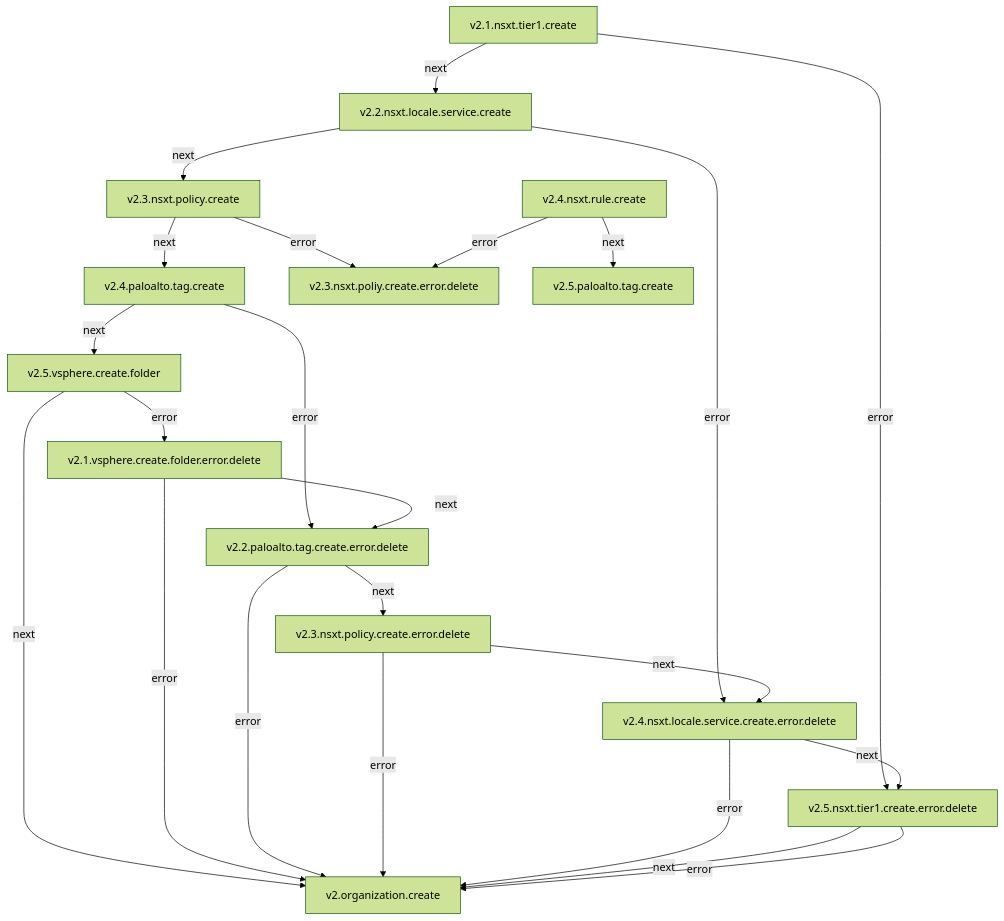
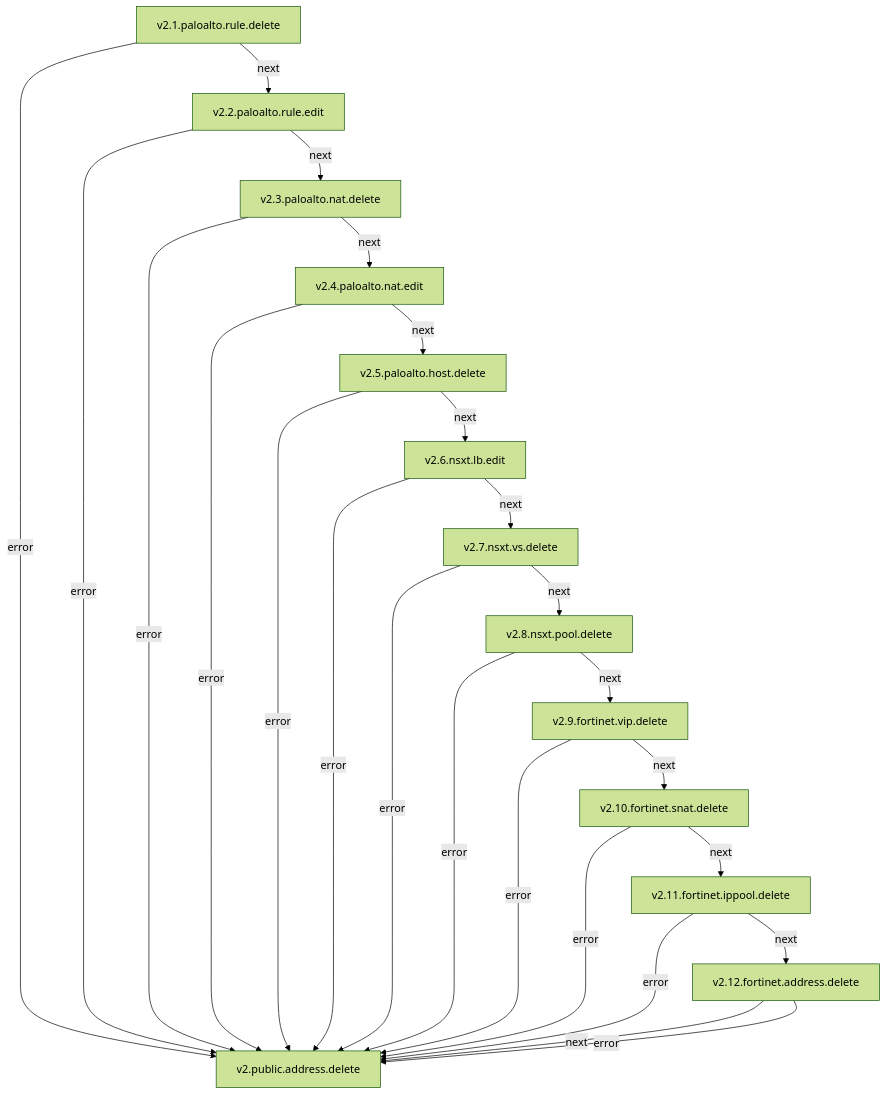
One commit to totvs-cloud/fortigate-fisico-iaas changed the diagram in PUBLIC_ADDRESS.md. Above: the diagram before and after it, drawn with Mermaid (forest theme). The commit also changed other lines of this file and 1 other file, not shown here.

Commit message:
refactor PUBLIC_ADDRESS.md and add SDN_VPN.md documentation for public address and VPN management processes

````diff
--- a/PUBLIC_ADDRESS.md
+++ b/PUBLIC_ADDRESS.md
@@ -7,26 +21,27 @@
 ```mermaid
 flowchart TB
-  v2_1_nsxt_tier1_create["v2.1.nsxt.tier1.create"] -->|next| v2_2_nsxt_locale_service_create["v2.2.nsxt.locale.service.create"]
-  v2_1_nsxt_tier1_create["v2.1.nsxt.tier1.create"] -->|error| v2_5_nsxt_tier1_create_error_delete["v2.5.nsxt.tier1.create.error.delete"]
-  v2_2_nsxt_locale_service_create["v2.2.nsxt.locale.service.create"] -->|next| v2_3_nsxt_policy_create["v2.3.nsxt.policy.create"]
-  v2_2_nsxt_locale_service_create["v2.2.nsxt.locale.service.create"] -->|error| v2_4_nsxt_locale_service_create_error_delete["v2.4.nsxt.locale.service.create.error.delete"]
-  v2_3_nsxt_policy_create["v2.3.nsxt.policy.create"] -->|next| v2_4_paloalto_tag_create["v2.4.paloalto.tag.create"]
-  v2_3_nsxt_policy_create["v2.3.nsxt.policy.create"] -->|error| v2_3_nsxt_poliy_create_error_delete["v2.3.nsxt.poliy.create.error.delete"]
-  v2_4_nsxt_rule_create["v2.4.nsxt.rule.create"] -->|next| v2_5_paloalto_tag_create["v2.5.paloalto.tag.create"]
-  v2_4_nsxt_rule_create["v2.4.nsxt.rule.create"] -->|error| v2_3_nsxt_poliy_create_error_delete["v2.3.nsxt.poliy.create.error.delete"]
-  v2_4_paloalto_tag_create["v2.4.paloalto.tag.create"] -->|next| v2_5_vsphere_create_folder["v2.5.vsphere.create.folder"]
-  v2_4_paloalto_tag_create["v2.4.paloalto.tag.create"] -->|error| v2_2_paloalto_tag_create_error_delete["v2.2.paloalto.tag.create.error.delete"]
-  v2_5_vsphere_create_folder["v2.5.vsphere.create.folder"] -->|next| v2_organization_create["v2.organization.create"]
-  v2_5_vsphere_create_folder["v2.5.vsphere.create.folder"] -->|error| v2_1_vsphere_create_folder_error_delete["v2.1.vsphere.create.folder.error.delete"]
-  v2_1_vsphere_create_folder_error_delete["v2.1.vsphere.create.folder.error.delete"] -->|next| v2_2_paloalto_tag_create_error_delete["v2.2.paloalto.tag.create.error.delete"]
-  v2_1_vsphere_create_folder_error_delete["v2.1.vsphere.create.folder.error.delete"] -->|error| v2_organization_create["v2.organization.create"]
-  v2_2_paloalto_tag_create_error_delete["v2.2.paloalto.tag.create.error.delete"] -->|next| v2_3_nsxt_policy_create_error_delete["v2.3.nsxt.policy.create.error.delete"]
-  v2_2_paloalto_tag_create_error_delete["v2.2.paloalto.tag.create.error.delete"] -->|error| v2_organization_create["v2.organization.create"]
-  v2_3_nsxt_policy_create_error_delete["v2.3.nsxt.policy.create.error.delete"] -->|next| v2_4_nsxt_locale_service_create_error_delete["v2.4.nsxt.locale.service.create.error.delete"]
-  v2_3_nsxt_policy_create_error_delete["v2.3.nsxt.policy.create.error.delete"] -->|error| v2_organization_create["v2.organization.create"]
-  v2_4_nsxt_locale_service_create_error_delete["v2.4.nsxt.locale.service.create.error.delete"] -->|next| v2_5_nsxt_tier1_create_error_delete["v2.5.nsxt.tier1.create.error.delete"]
-  v2_4_nsxt_locale_service_create_error_delete["v2.4.nsxt.locale.service.create.error.delete"] -->|error| v2_organization_create["v2.organization.create"]
-  v2_5_nsxt_tier1_create_error_delete["v2.5.nsxt.tier1.create.error.delete"] -->|next| v2_organization_create["v2.organization.create"]
-  v2_5_nsxt_tier1_create_error_delete["v2.5.nsxt.tier1.create.error.delete"] -->|error| v2_organization_create["v2.organization.create"]
-
+  v2_1_paloalto_rule_delete["v2.1.paloalto.rule.delete"] -->|next| v2_2_paloalto_rule_edit["v2.2.paloalto.rule.edit"]
+  v2_1_paloalto_rule_delete["v2.1.paloalto.rule.delete"] -->|error| v2_public_address_delete["v2.public.address.delete"]
+  v2_2_paloalto_rule_edit["v2.2.paloalto.rule.edit"] -->|next| v2_3_paloalto_nat_delete["v2.3.paloalto.nat.delete"]
+  v2_2_paloalto_rule_edit["v2.2.paloalto.rule.edit"] -->|error| v2_public_address_delete["v2.public.address.delete"]
+  v2_3_paloalto_nat_delete["v2.3.paloalto.nat.delete"] -->|next| v2_4_paloalto_nat_edit["v2.4.paloalto.nat.edit"]
+  v2_3_paloalto_nat_delete["v2.3.paloalto.nat.delete"] -->|error| v2_public_address_delete["v2.public.address.delete"]
+  v2_4_paloalto_nat_edit["v2.4.paloalto.nat.edit"] -->|next| v2_5_paloalto_host_delete["v2.5.paloalto.host.delete"]
+  v2_4_paloalto_nat_edit["v2.4.paloalto.nat.edit"] -->|error| v2_public_address_delete["v2.public.address.delete"]
+  v2_5_paloalto_host_delete["v2.5.paloalto.host.delete"] -->|next| v2_6_nsxt_lb_edit["v2.6.nsxt.lb.edit"]
+  v2_5_paloalto_host_delete["v2.5.paloalto.host.delete"] -->|error| v2_public_address_delete["v2.public.address.delete"]
+  v2_6_nsxt_lb_edit["v2.6.nsxt.lb.edit"] -->|next| v2_7_nsxt_vs_delete["v2.7.nsxt.vs.delete"]
+  v2_6_nsxt_lb_edit["v2.6.nsxt.lb.edit"] -->|error| v2_public_address_delete["v2.public.address.delete"]
+  v2_7_nsxt_vs_delete["v2.7.nsxt.vs.delete"] -->|next| v2_8_nsxt_pool_delete["v2.8.nsxt.pool.delete"]
+  v2_7_nsxt_vs_delete["v2.7.nsxt.vs.delete"] -->|error| v2_public_address_delete["v2.public.address.delete"]
+  v2_8_nsxt_pool_delete["v2.8.nsxt.pool.delete"] -->|next| v2_9_fortinet_vip_delete["v2.9.fortinet.vip.delete"]
+  v2_8_nsxt_pool_delete["v2.8.nsxt.pool.delete"] -->|error| v2_public_address_delete["v2.public.address.delete"]
+  v2_9_fortinet_vip_delete["v2.9.fortinet.vip.delete"] -->|next| v2_10_fortinet_snat_delete["v2.10.fortinet.snat.delete"]
+  v2_9_fortinet_vip_delete["v2.9.fortinet.vip.delete"] -->|error| v2_public_address_delete["v2.public.address.delete"]
+  v2_10_fortinet_snat_delete["v2.10.fortinet.snat.delete"] -->|next| v2_11_fortinet_ippool_delete["v2.11.fortinet.ippool.delete"]
+  v2_10_fortinet_snat_delete["v2.10.fortinet.snat.delete"] -->|error| v2_public_address_delete["v2.public.address.delete"]
+  v2_11_fortinet_ippool_delete["v2.11.fortinet.ippool.delete"] -->|next| v2_12_fortinet_address_delete["v2.12.fortinet.address.delete"]
+  v2_11_fortinet_ippool_delete["v2.11.fortinet.ippool.delete"] -->|error| v2_public_address_delete["v2.public.address.delete"]
+  v2_12_fortinet_address_delete["v2.12.fortinet.address.delete"] -->|next| v2_public_address_delete["v2.public.address.delete"]
+  v2_12_fortinet_address_delete["v2.12.fortinet.address.delete"] -->|error| v2_public_address_delete["v2.public.address.delete"]
 ```
````
